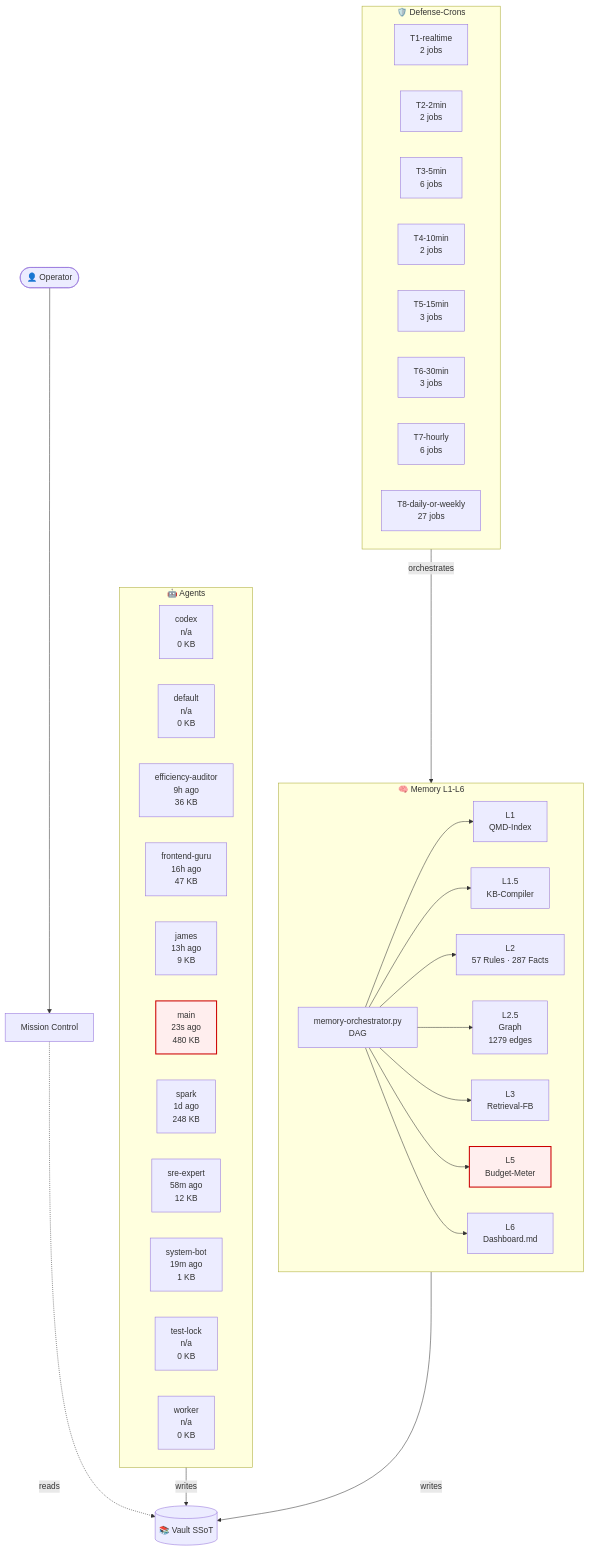
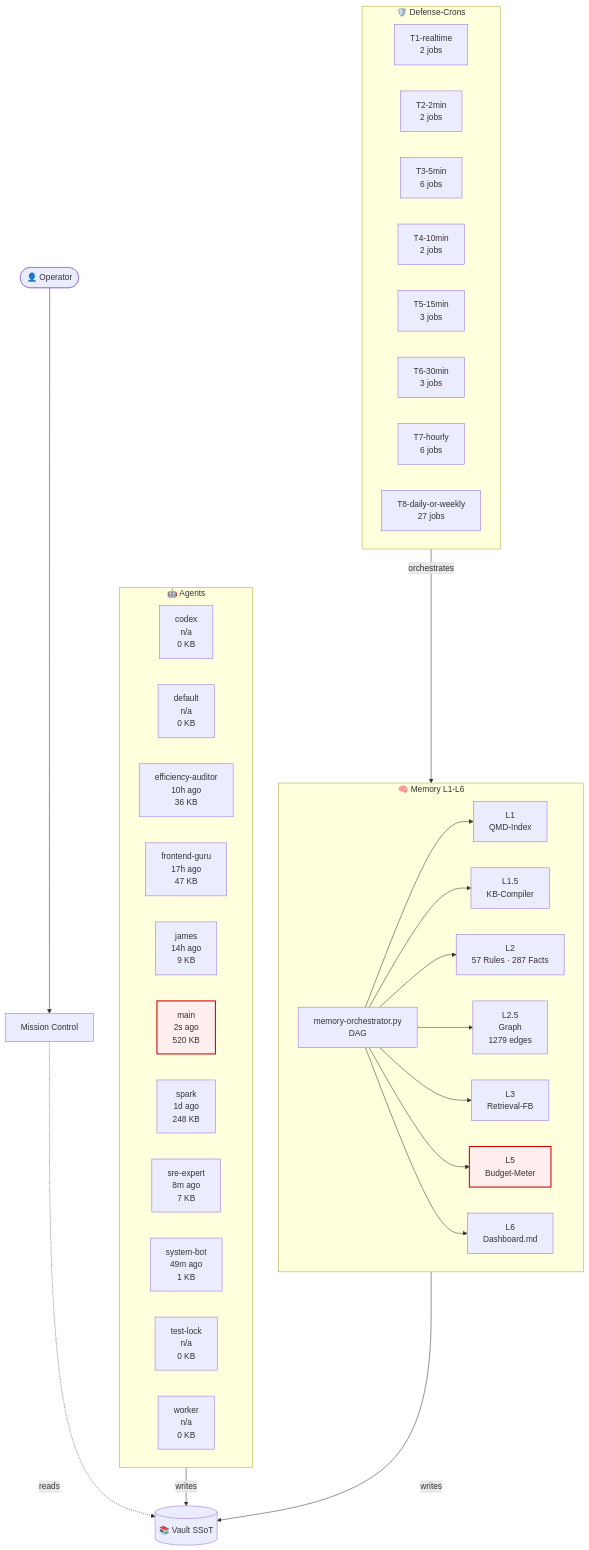
Before and after one commit to lenardhuebner88-rgb/openclaw-memory: the diagram in 03-Agents/architecture-live.md, drawn with Mermaid. The commit also changed other lines of this file and 3 other files, not shown here.

````diff
--- a/03-Agents/architecture-live.md
+++ b/03-Agents/architecture-live.md
@@ -18,54 +18,54 @@
 ```mermaid
 flowchart TB
     classDef critical fill:#fee,stroke:#c00,stroke-width:2px;
     subgraph AGT["🤖 Agents"]
         agent_codex["codex<br/>n/a<br/>0 KB"]
         agent_default["default<br/>n/a<br/>0 KB"]
-        agent_efficiency_auditor["efficiency-auditor<br/>9h ago<br/>36 KB"]
-        agent_frontend_guru["frontend-guru<br/>16h ago<br/>47 KB"]
-        agent_james["james<br/>13h ago<br/>9 KB"]
-        agent_main["main<br/>23s ago<br/>480 KB"]
+        agent_efficiency_auditor["efficiency-auditor<br/>10h ago<br/>36 KB"]
+        agent_frontend_guru["frontend-guru<br/>17h ago<br/>47 KB"]
+        agent_james["james<br/>14h ago<br/>9 KB"]
+        agent_main["main<br/>2s ago<br/>520 KB"]
         agent_spark["spark<br/>1d ago<br/>248 KB"]
-        agent_sre_expert["sre-expert<br/>58m ago<br/>12 KB"]
-        agent_system_bot["system-bot<br/>19m ago<br/>1 KB"]
+        agent_sre_expert["sre-expert<br/>8m ago<br/>7 KB"]
+        agent_system_bot["system-bot<br/>49m ago<br/>1 KB"]
         agent_test_lock["test-lock<br/>n/a<br/>0 KB"]
         agent_worker["worker<br/>n/a<br/>0 KB"]
     end
     subgraph MEM["🧠 Memory L1-L6"]
         L1["L1<br/>QMD-Index"]
         L15["L1.5<br/>KB-Compiler"]
         L2["L2<br/>57 Rules · 287 Facts"]
         L25["L2.5<br/>Graph<br/>1279 edges"]
         L3["L3<br/>Retrieval-FB"]
         L5["L5<br/>Budget-Meter"]
         L6["L6<br/>Dashboard.md"]
         ORCH["memory-orchestrator.py<br/>DAG"]
     end
     subgraph CRN["🛡️ Defense-Crons"]
         tier_T1_realtime["T1-realtime<br/>2 jobs"]
         tier_T2_2min["T2-2min<br/>2 jobs"]
         tier_T3_5min["T3-5min<br/>6 jobs"]
         tier_T4_10min["T4-10min<br/>2 jobs"]
         tier_T5_15min["T5-15min<br/>3 jobs"]
         tier_T6_30min["T6-30min<br/>3 jobs"]
         tier_T7_hourly["T7-hourly<br/>6 jobs"]
         tier_T8_daily_or_weekly["T8-daily-or-weekly<br/>27 jobs"]
     end
     VAULT[("📚 Vault SSoT")]
     OP([👤 Operator])
     MC["Mission Control"]
     OP --> MC
     MC -.reads.-> VAULT
     AGT -->|writes| VAULT
     MEM -->|writes| VAULT
     ORCH --> L1
     ORCH --> L15
     ORCH --> L2
     ORCH --> L25
     ORCH --> L3
     ORCH --> L5
     ORCH --> L6
     CRN -->|orchestrates| MEM
     class L5 critical
     class agent_main critical
 ```
````
